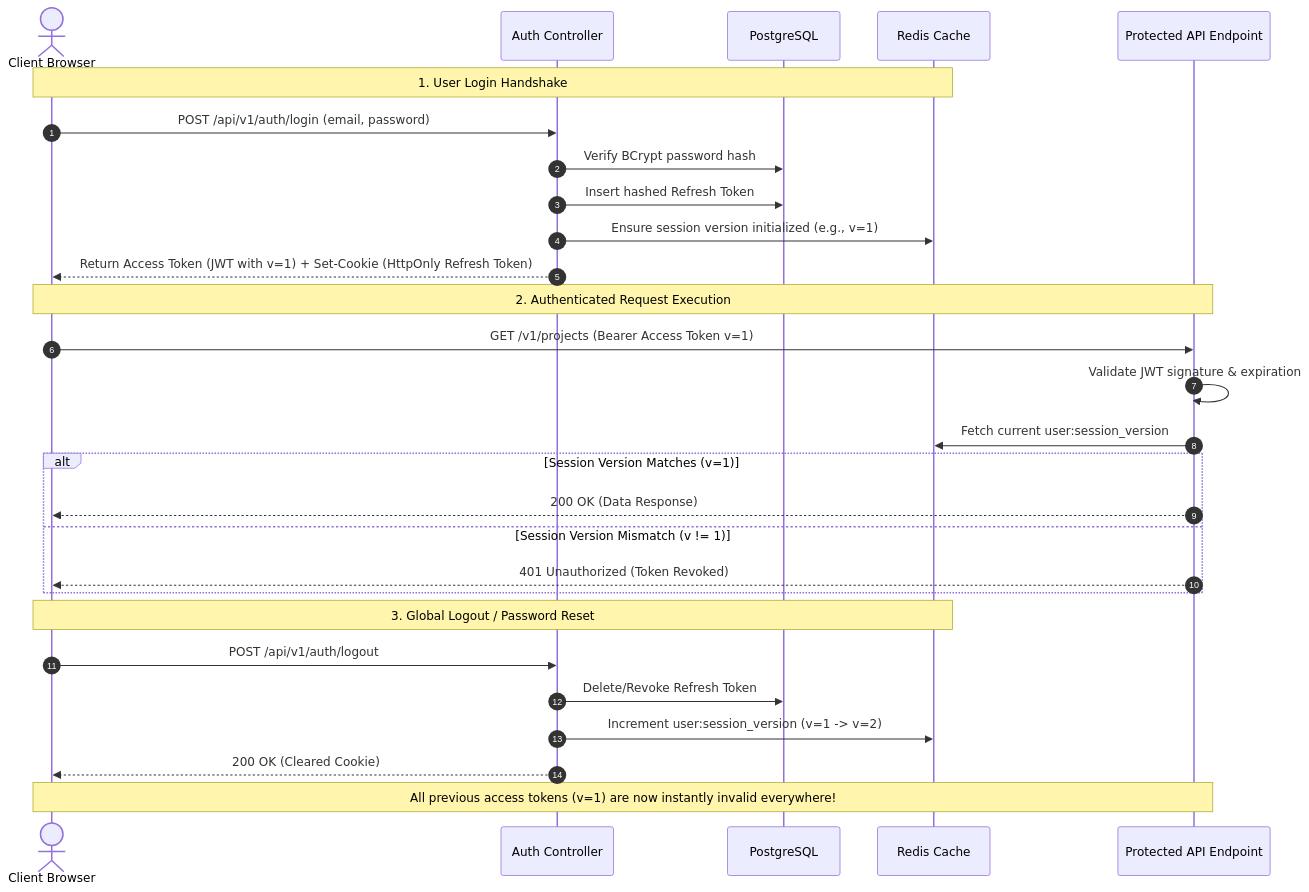
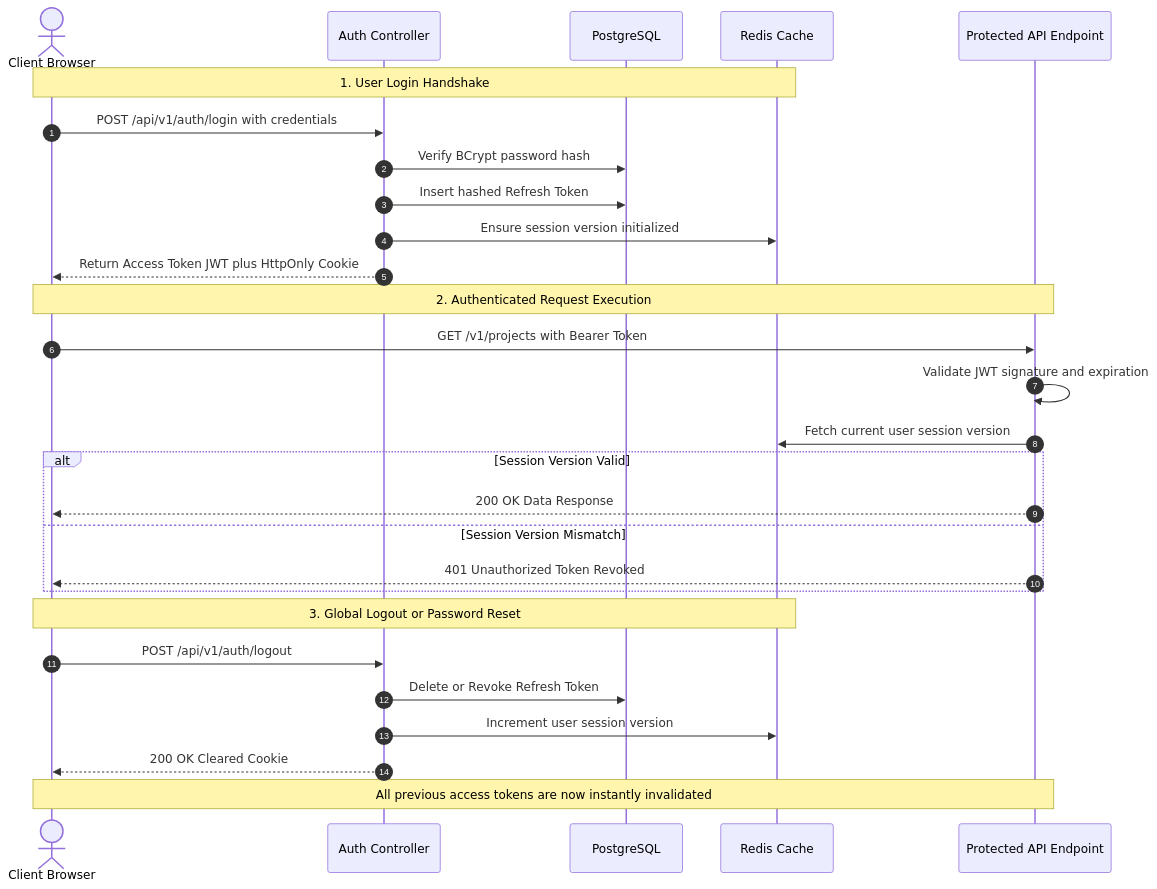
One commit to saiprakash-nexarats/collabster changed the sixth of 8 diagrams in README.md. Above: the diagram before and after it, drawn with Mermaid. The commit also changed other lines of this file, not shown here.

Commit message:
fix(docs): resolve Mermaid syntax parse errors by sanitizing edge and node labels

````diff
--- a/README.md
+++ b/README.md
@@ -476,33 +476,33 @@
 ```mermaid
 sequenceDiagram
     autonumber
     actor User as Client Browser
     participant Auth as Auth Controller
     participant DB as PostgreSQL
     participant Redis as Redis Cache
     participant API as Protected API Endpoint
 
     Note over User,Redis: 1. User Login Handshake
-    User->>Auth: POST /api/v1/auth/login (email, password)
+    User->>Auth: POST /api/v1/auth/login with credentials
     Auth->>DB: Verify BCrypt password hash
     Auth->>DB: Insert hashed Refresh Token
-    Auth->>Redis: Ensure session version initialized (e.g., v=1)
-    Auth-->>User: Return Access Token (JWT with v=1) + Set-Cookie (HttpOnly Refresh Token)
+    Auth->>Redis: Ensure session version initialized
+    Auth-->>User: Return Access Token JWT plus HttpOnly Cookie
 
     Note over User,API: 2. Authenticated Request Execution
-    User->>API: GET /v1/projects (Bearer Access Token v=1)
-    API->>API: Validate JWT signature & expiration
-    API->>Redis: Fetch current user:session_version
-    alt Session Version Matches (v=1)
-        API-->>User: 200 OK (Data Response)
-    else Session Version Mismatch (v != 1)
-        API-->>User: 401 Unauthorized (Token Revoked)
+    User->>API: GET /v1/projects with Bearer Token
+    API->>API: Validate JWT signature and expiration
+    API->>Redis: Fetch current user session version
+    alt Session Version Valid
+        API-->>User: 200 OK Data Response
+    else Session Version Mismatch
+        API-->>User: 401 Unauthorized Token Revoked
     end
 
-    Note over User,Redis: 3. Global Logout / Password Reset
+    Note over User,Redis: 3. Global Logout or Password Reset
     User->>Auth: POST /api/v1/auth/logout
-    Auth->>DB: Delete/Revoke Refresh Token
-    Auth->>Redis: Increment user:session_version (v=1 -> v=2)
-    Auth-->>User: 200 OK (Cleared Cookie)
-    Note over User,API: All previous access tokens (v=1) are now instantly invalid everywhere!
+    Auth->>DB: Delete or Revoke Refresh Token
+    Auth->>Redis: Increment user session version
+    Auth-->>User: 200 OK Cleared Cookie
+    Note over User,API: All previous access tokens are now instantly invalidated
 ```
````
